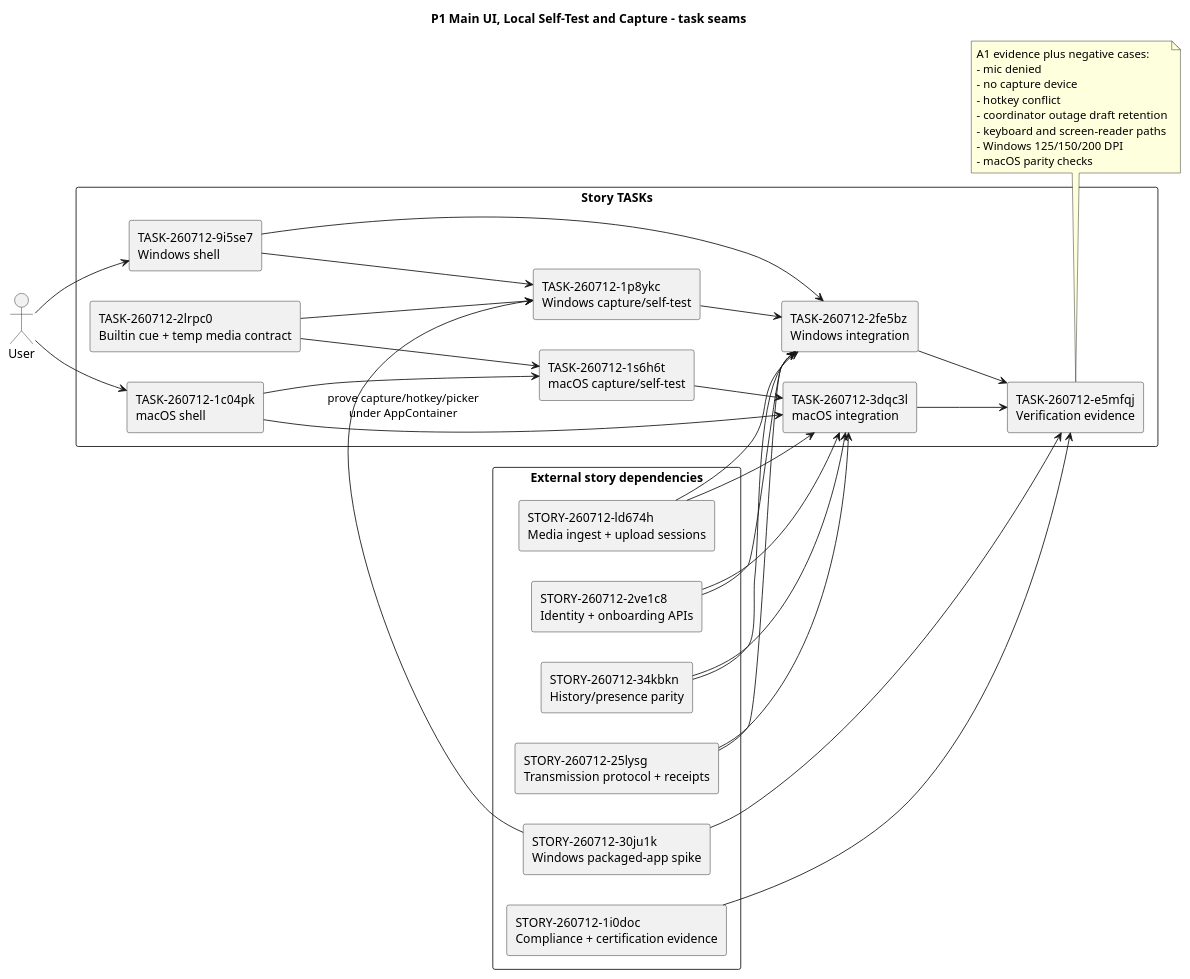
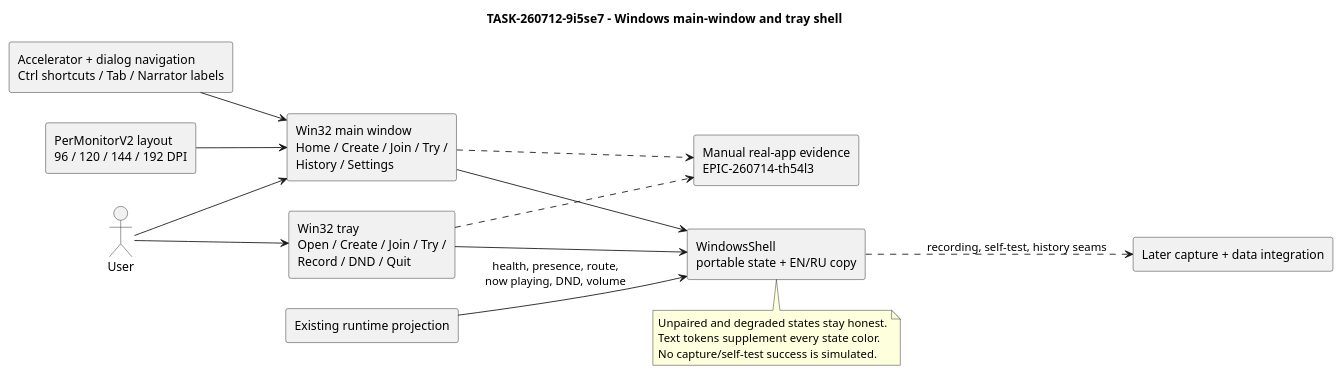
One commit to relux-works/barycenter changed the diagram in .task-board/.resources/TASK-260712-9i5se7/p1-main-ui-capture-components.puml. Above: the diagram before and after it, drawn with PlantUML. The commit also changed 13 other files, not shown here.

Commit message:
feat(windows): add main window and tray shell

```diff
--- a/.task-board/.resources/TASK-260712-9i5se7/p1-main-ui-capture-components.puml
+++ b/.task-board/.resources/TASK-260712-9i5se7/p1-main-ui-capture-components.puml
@@ -1,70 +1,35 @@
 @startuml
-title P1 Main UI, Local Self-Test and Capture - task seams
+title TASK-260712-9i5se7 - Windows main-window and tray shell
 
 left to right direction
-skinparam packageStyle rectangle
+skinparam componentStyle rectangle
 skinparam shadowing false
 
 actor User
+component "WindowsShell\nportable state + EN/RU copy" as Model
+component "Win32 main window\nHome / Create / Join / Try /\nHistory / Settings" as Main
+component "Win32 tray\nOpen / Create / Join / Try /\nRecord / DND / Quit" as Tray
+component "Accelerator + dialog navigation\nCtrl shortcuts / Tab / Narrator labels" as Access
+component "PerMonitorV2 layout\n96 / 120 / 144 / 192 DPI" as DPI
+component "Existing runtime projection" as Runtime
+component "Later capture + data integration" as Later
+component "Manual real-app evidence\nEPIC-260714-th54l3" as Manual
 
-package "Story TASKs" {
-  rectangle "TASK-260712-2lrpc0\nBuiltin cue + temp media contract" as Cue
-  rectangle "TASK-260712-9i5se7\nWindows shell" as WinShell
-  rectangle "TASK-260712-1p8ykc\nWindows capture/self-test" as WinCap
-  rectangle "TASK-260712-2fe5bz\nWindows integration" as WinData
-  rectangle "TASK-260712-1c04pk\nmacOS shell" as MacShell
-  rectangle "TASK-260712-1s6h6t\nmacOS capture/self-test" as MacCap
-  rectangle "TASK-260712-3dqc3l\nmacOS integration" as MacData
-  rectangle "TASK-260712-e5mfqj\nVerification evidence" as Verify
-}
+User --> Main
+User --> Tray
+Main --> Model
+Tray --> Model
+Runtime --> Model : health, presence, route,\nnow playing, DND, volume
+Access --> Main
+DPI --> Main
+Model ..> Later : recording, self-test, history seams
+Main ..> Manual
+Tray ..> Manual
 
-package "External story dependencies" {
-  rectangle "STORY-260712-30ju1k\nWindows packaged-app spike" as WinSpike
-  rectangle "STORY-260712-2ve1c8\nIdentity + onboarding APIs" as Identity
-  rectangle "STORY-260712-ld674h\nMedia ingest + upload sessions" as Ingest
-  rectangle "STORY-260712-25lysg\nTransmission protocol + receipts" as Tx
-  rectangle "STORY-260712-34kbkn\nHistory/presence parity" as Presence
-  rectangle "STORY-260712-1i0doc\nCompliance + certification evidence" as Compliance
-}
-
-User --> WinShell
-User --> MacShell
-
-Cue --> WinCap
-Cue --> MacCap
-
-WinShell --> WinCap
-MacShell --> MacCap
-
-WinShell --> WinData
-WinCap --> WinData
-MacShell --> MacData
-MacCap --> MacData
-
-WinSpike --> WinCap : prove capture/hotkey/picker\nunder AppContainer
-Identity --> WinData
-Identity --> MacData
-Ingest --> WinData
-Ingest --> MacData
-Tx --> WinData
-Tx --> MacData
-Presence --> WinData
-Presence --> MacData
-
-WinData --> Verify
-MacData --> Verify
-WinSpike --> Verify
-Compliance --> Verify
-
-note bottom of Verify
-A1 evidence plus negative cases:
-- mic denied
-- no capture device
-- hotkey conflict
-- coordinator outage draft retention
-- keyboard and screen-reader paths
-- Windows 125/150/200 DPI
-- macOS parity checks
+note bottom of Model
+Unpaired and degraded states stay honest.
+Text tokens supplement every state color.
+No capture/self-test success is simulated.
 end note
 
 @enduml
```
